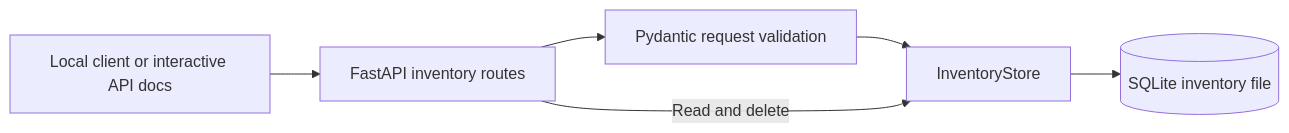
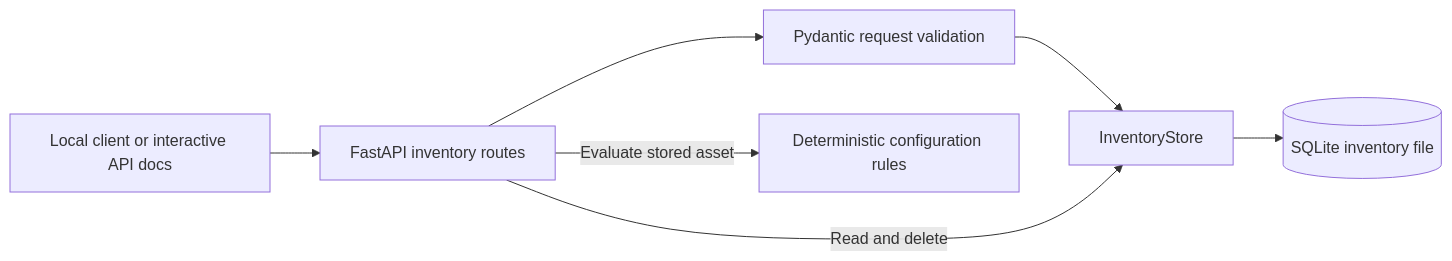
One commit to varundevB/AI-SPM-Lab changed the diagram in README.md. Above: the diagram before and after it, drawn with Mermaid. The commit also changed other lines of this file and 7 other files, not shown here.

Commit message:
feat: evaluate declared security configuration

````diff
--- a/README.md
+++ b/README.md
@@ -129,8 +184,9 @@
 ```mermaid
 flowchart LR
     Client["Local client or interactive API docs"] --> API["FastAPI inventory routes"]
     API --> Validation["Pydantic request validation"]
     Validation --> Store["InventoryStore"]
     API -->|"Read and delete"| Store
     Store --> DB[("SQLite inventory file")]
+    API -->|"Evaluate stored asset"| Checks["Deterministic configuration rules"]
 ```
````
